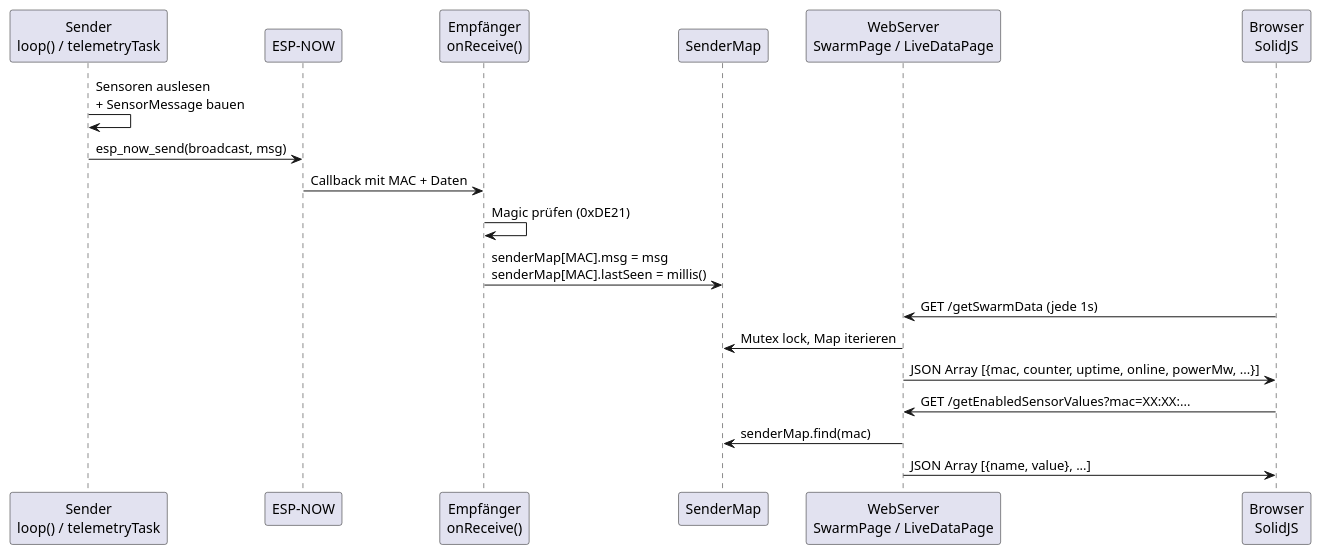
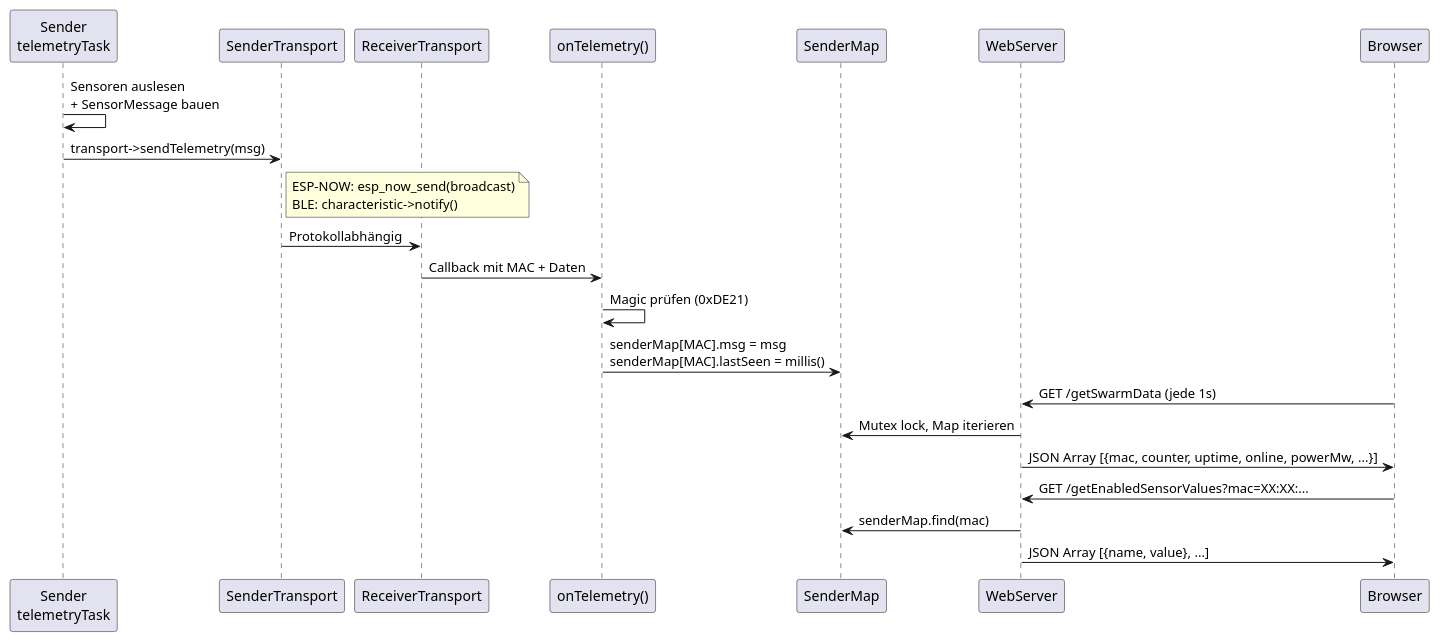
One commit to niclas-j/dezibot-swarm-logging changed the third of 5 diagrams in README.md. Above: the diagram before and after it, drawn with PlantUML. The commit also changed other lines of this file and 14 other files, not shown here.

Commit message:
feat: support BLE over adapter pattern for dyamic sender selection

````diff
--- a/README.md
+++ b/README.md
@@ -112,24 +156,27 @@
 ```plantuml
 @startuml
 skinparam backgroundColor transparent
 
-participant "Sender\nloop() / telemetryTask" as S
-participant "ESP-NOW" as E
-participant "Empfänger\nonReceive()" as R
+participant "Sender\ntelemetryTask" as S
+participant "SenderTransport" as T
+participant "ReceiverTransport" as R
+participant "onTelemetry()" as OT
 participant "SenderMap" as M
-participant "WebServer\nSwarmPage / LiveDataPage" as W
-participant "Browser\nSolidJS" as B
+participant "WebServer" as W
+participant "Browser" as B
 
 S -> S : Sensoren auslesen\n+ SensorMessage bauen
-S -> E : esp_now_send(broadcast, msg)
-E -> R : Callback mit MAC + Daten
-R -> R : Magic prüfen (0xDE21)
-R -> M : senderMap[MAC].msg = msg\nsenderMap[MAC].lastSeen = millis()
+S -> T : transport->sendTelemetry(msg)
+note right of T : ESP-NOW: esp_now_send(broadcast)\nBLE: characteristic->notify()
+T -> R : Protokollabhängig
+R -> OT : Callback mit MAC + Daten
+OT -> OT : Magic prüfen (0xDE21)
+OT -> M : senderMap[MAC].msg = msg\nsenderMap[MAC].lastSeen = millis()
 B -> W : GET /getSwarmData (jede 1s)
 W -> M : Mutex lock, Map iterieren
 W -> B : JSON Array [{mac, counter, uptime, online, powerMw, ...}]
 B -> W : GET /getEnabledSensorValues?mac=XX:XX:...
 W -> M : senderMap.find(mac)
 W -> B : JSON Array [{name, value}, ...]
 @enduml
 ```
````
